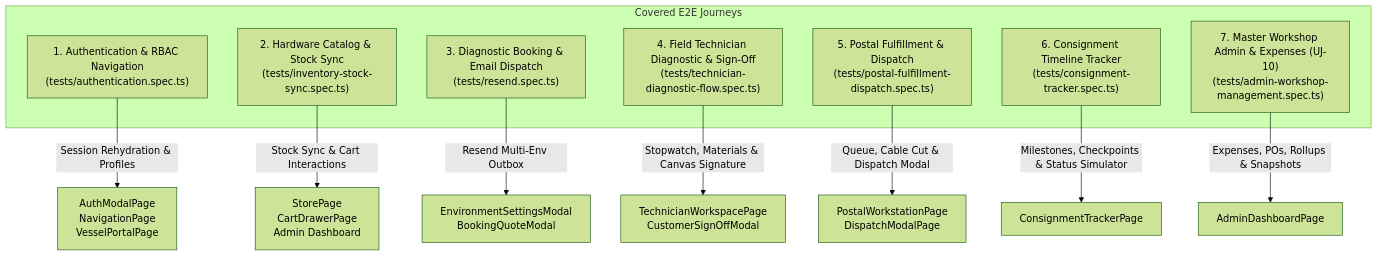
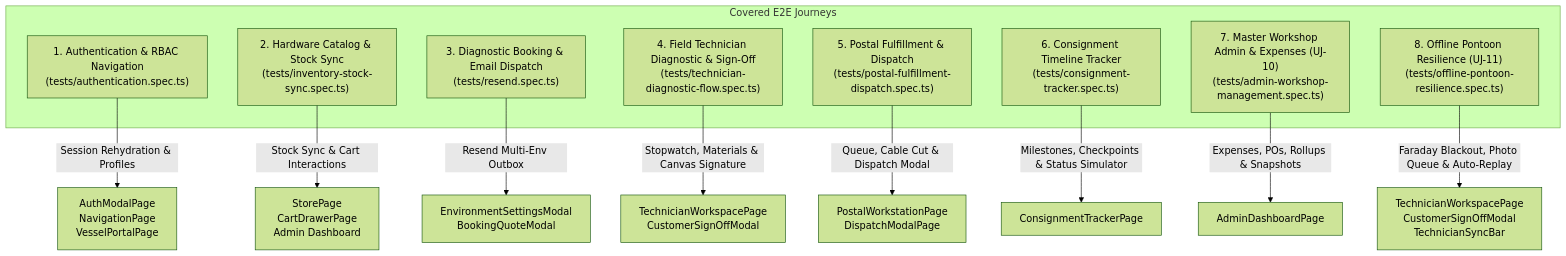
One commit to AnthonyWrather/ajwmes changed the first of 2 diagrams in docs/E2E_USER_JOURNEYS.md. Above: the diagram before and after it, drawn with Mermaid (forest theme). The commit also changed other lines of this file and 13 other files, not shown here.

Commit message:
feat(journey-uj-11): implement offline pontoon resilience and mutation queue replay

````diff
--- a/docs/E2E_USER_JOURNEYS.md
+++ b/docs/E2E_USER_JOURNEYS.md
@@ -27,20 +27,22 @@
 ```mermaid
 graph TD
     subgraph ExistingJourneys["Covered E2E Journeys"]
         J1["1. Authentication & RBAC Navigation\n(tests/authentication.spec.ts)"]
         J2["2. Hardware Catalog & Stock Sync\n(tests/inventory-stock-sync.spec.ts)"]
         J3["3. Diagnostic Booking & Email Dispatch\n(tests/resend.spec.ts)"]
         J4["4. Field Technician Diagnostic & Sign-Off\n(tests/technician-diagnostic-flow.spec.ts)"]
         J5["5. Postal Fulfillment & Dispatch\n(tests/postal-fulfillment-dispatch.spec.ts)"]
         J6["6. Consignment Timeline Tracker\n(tests/consignment-tracker.spec.ts)"]
         J7["7. Master Workshop Admin & Expenses (UJ-10)\n(tests/admin-workshop-management.spec.ts)"]
+        J8["8. Offline Pontoon Resilience (UJ-11)\n(tests/offline-pontoon-resilience.spec.ts)"]
     end
 
     J1 -->|"Session Rehydration & Profiles"| POM1["AuthModalPage\nNavigationPage\nVesselPortalPage"]
     J2 -->|"Stock Sync & Cart Interactions"| POM2["StorePage\nCartDrawerPage\nAdmin Dashboard"]
     J3 -->|"Resend Multi-Env Outbox"| POM3["EnvironmentSettingsModal\nBookingQuoteModal"]
     J4 -->|"Stopwatch, Materials & Canvas Signature"| POM4["TechnicianWorkspacePage\nCustomerSignOffModal"]
     J5 -->|"Queue, Cable Cut & Dispatch Modal"| POM5["PostalWorkstationPage\nDispatchModalPage"]
     J6 -->|"Milestones, Checkpoints & Status Simulator"| POM6["ConsignmentTrackerPage"]
     J7 -->|"Expenses, POs, Rollups & Snapshots"| POM7["AdminDashboardPage"]
+    J8 -->|"Faraday Blackout, Photo Queue & Auto-Replay"| POM8["TechnicianWorkspacePage\nCustomerSignOffModal\nTechnicianSyncBar"]
 ```
````
